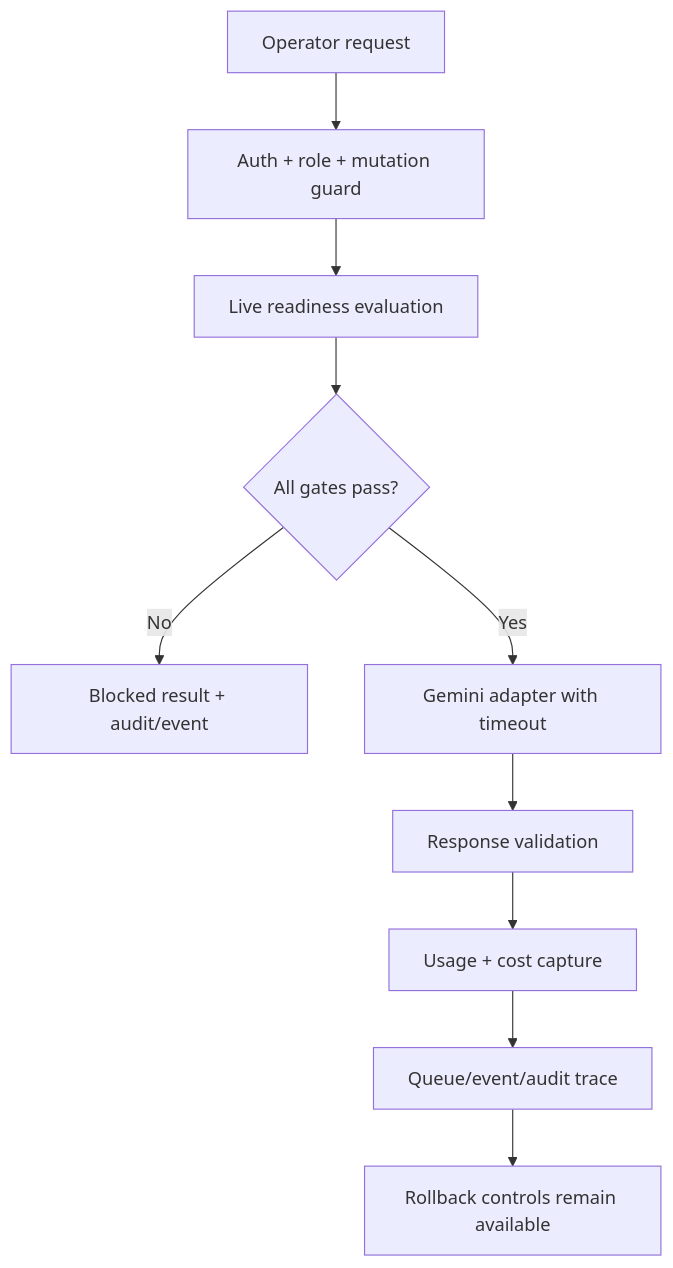
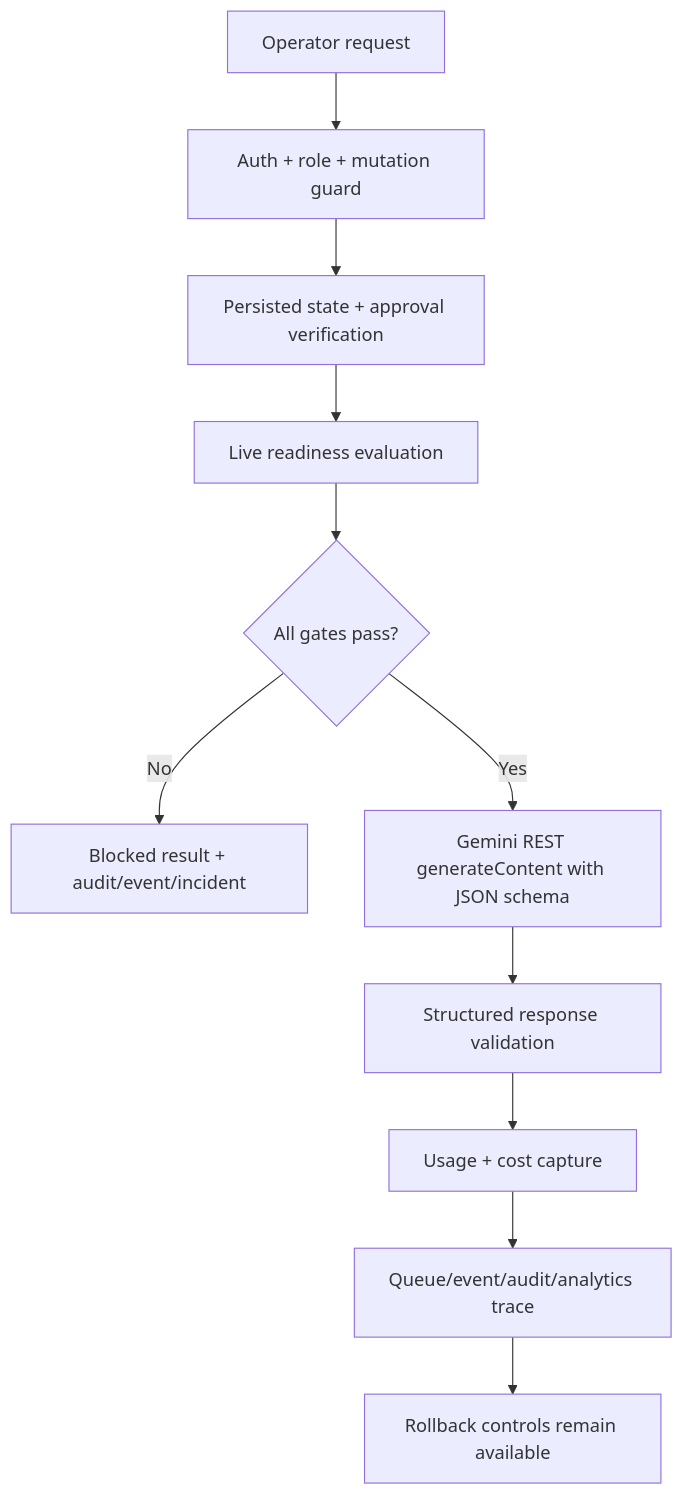
The diagram in docs/CONTROLLED_LIVE_EXECUTION_ARCHITECTURE.md (saikumar0484/Folqen), drawn with Mermaid before and after one commit. The commit also changed other lines of this file and 13 other files, not shown here.

Commit message:
Add first live Gemini research ideation

````diff
--- a/docs/CONTROLLED_LIVE_EXECUTION_ARCHITECTURE.md
+++ b/docs/CONTROLLED_LIVE_EXECUTION_ARCHITECTURE.md
@@ -55,12 +58,13 @@
 ```mermaid
 flowchart TD
   A["Operator request"] --> B["Auth + role + mutation guard"]
-  B --> C["Live readiness evaluation"]
-  C --> D{"All gates pass?"}
-  D -- "No" --> E["Blocked result + audit/event"]
-  D -- "Yes" --> F["Gemini adapter with timeout"]
-  F --> G["Response validation"]
-  G --> H["Usage + cost capture"]
-  H --> I["Queue/event/audit trace"]
-  I --> J["Rollback controls remain available"]
+  B --> C["Persisted state + approval verification"]
+  C --> D["Live readiness evaluation"]
+  D --> E{"All gates pass?"}
+  E -- "No" --> F["Blocked result + audit/event/incident"]
+  E -- "Yes" --> G["Gemini REST generateContent with JSON schema"]
+  G --> H["Structured response validation"]
+  H --> I["Usage + cost capture"]
+  I --> J["Queue/event/audit/analytics trace"]
+  J --> K["Rollback controls remain available"]
 ```
````
